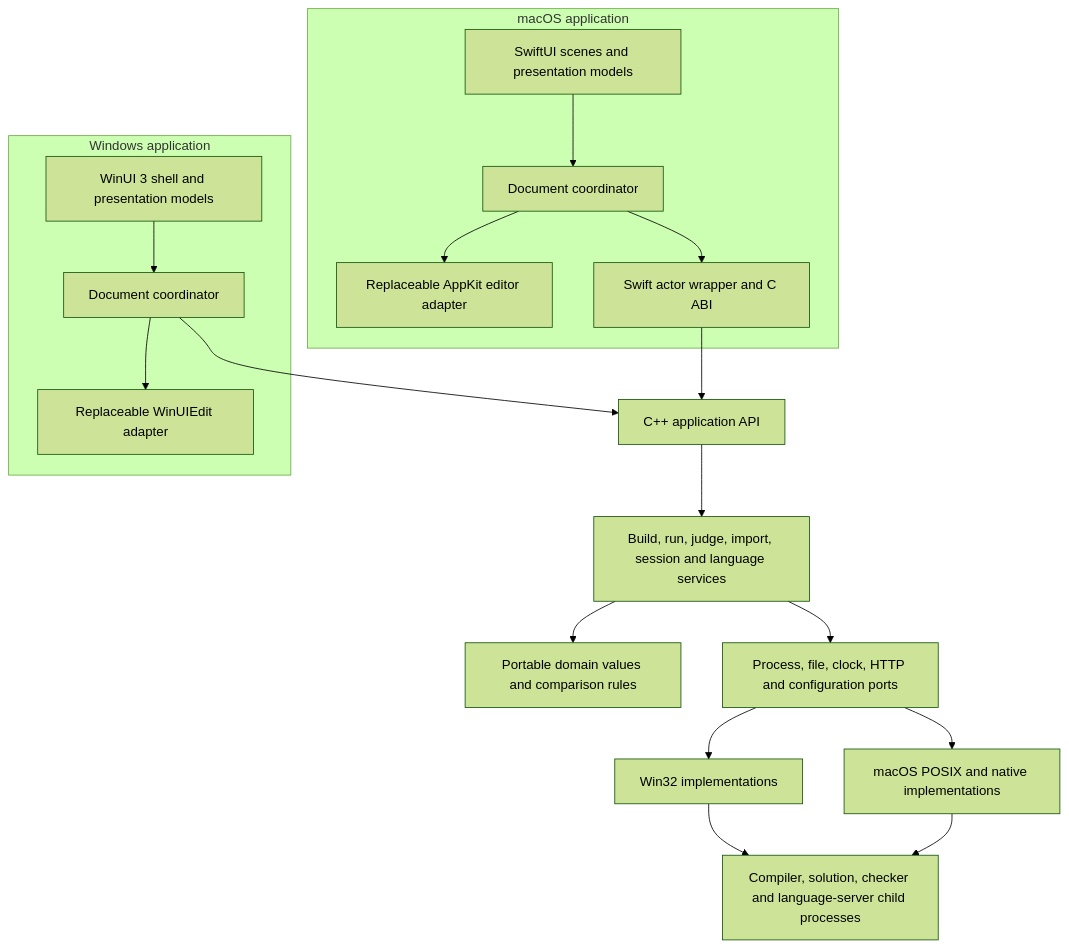
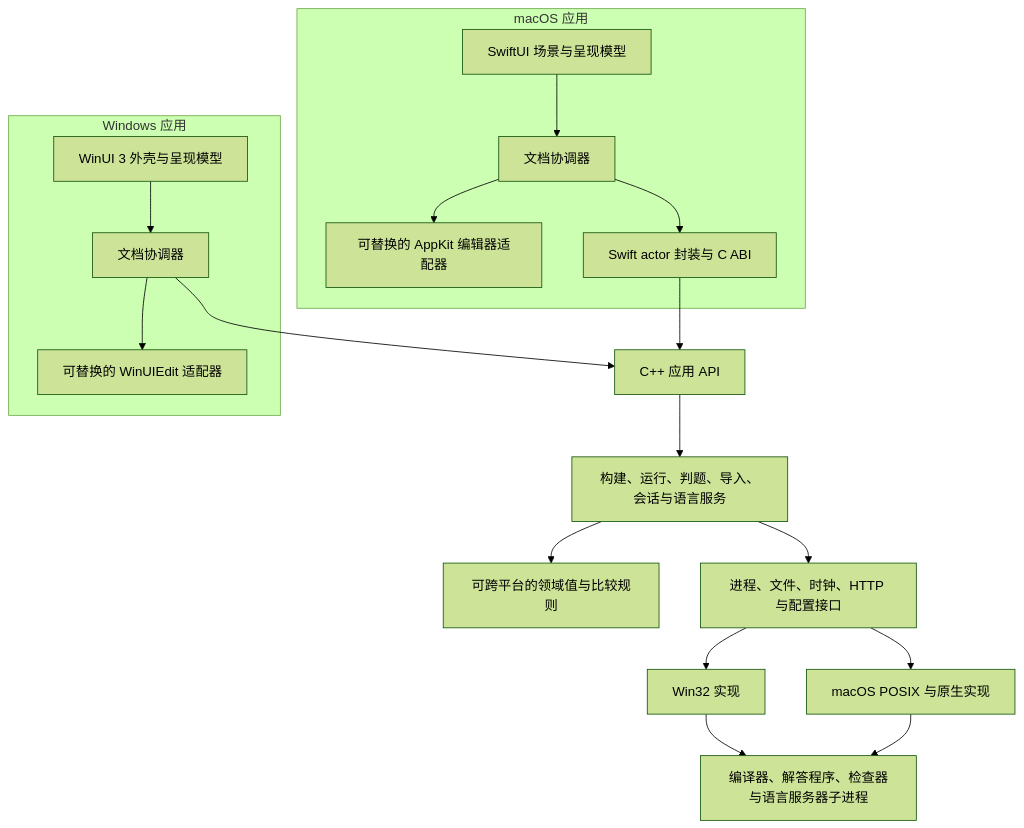
The diagram in docs/architecture.md (A-BenLi06/CPeditor-Native), drawn with Mermaid (forest theme) before and after one commit. The commit also changed other lines of this file and 8 other files, not shown here.

````diff
--- a/docs/architecture.md
+++ b/docs/architecture.md
@@ -15,28 +15,28 @@
 ```mermaid
 flowchart TB
-    subgraph Windows[Windows application]
-        WUI[WinUI 3 shell and presentation models]
-        WDC[Document coordinator]
-        WE[Replaceable WinUIEdit adapter]
+    subgraph Windows[Windows 应用]
+        WUI[WinUI 3 外壳与呈现模型]
+        WDC[文档协调器]
+        WE[可替换的 WinUIEdit 适配器]
         WUI --> WDC
         WDC --> WE
     end
-    subgraph macOS[macOS application]
-        MUI[SwiftUI scenes and presentation models]
-        MDC[Document coordinator]
-        ME[Replaceable AppKit editor adapter]
-        MB[Swift actor wrapper and C ABI]
+    subgraph macOS[macOS 应用]
+        MUI[SwiftUI 场景与呈现模型]
+        MDC[文档协调器]
+        ME[可替换的 AppKit 编辑器适配器]
+        MB[Swift actor 封装与 C ABI]
         MUI --> MDC
         MDC --> ME
         MDC --> MB
     end
-    WDC --> API[C++ application API]
+    WDC --> API[C++ 应用 API]
     MB --> API
-    API --> Services[Build, run, judge, import, session and language services]
-    Services --> Domain[Portable domain values and comparison rules]
-    Services --> Ports[Process, file, clock, HTTP and configuration ports]
-    Ports --> WH[Win32 implementations]
-    Ports --> MH[macOS POSIX and native implementations]
-    WH --> Children[Compiler, solution, checker and language-server child processes]
+    API --> Services[构建、运行、判题、导入、会话与语言服务]
+    Services --> Domain[可跨平台的领域值与比较规则]
+    Services --> Ports[进程、文件、时钟、HTTP 与配置接口]
+    Ports --> WH[Win32 实现]
+    Ports --> MH[macOS POSIX 与原生实现]
+    WH --> Children[编译器、解答程序、检查器与语言服务器子进程]
     MH --> Children
 ```
````
